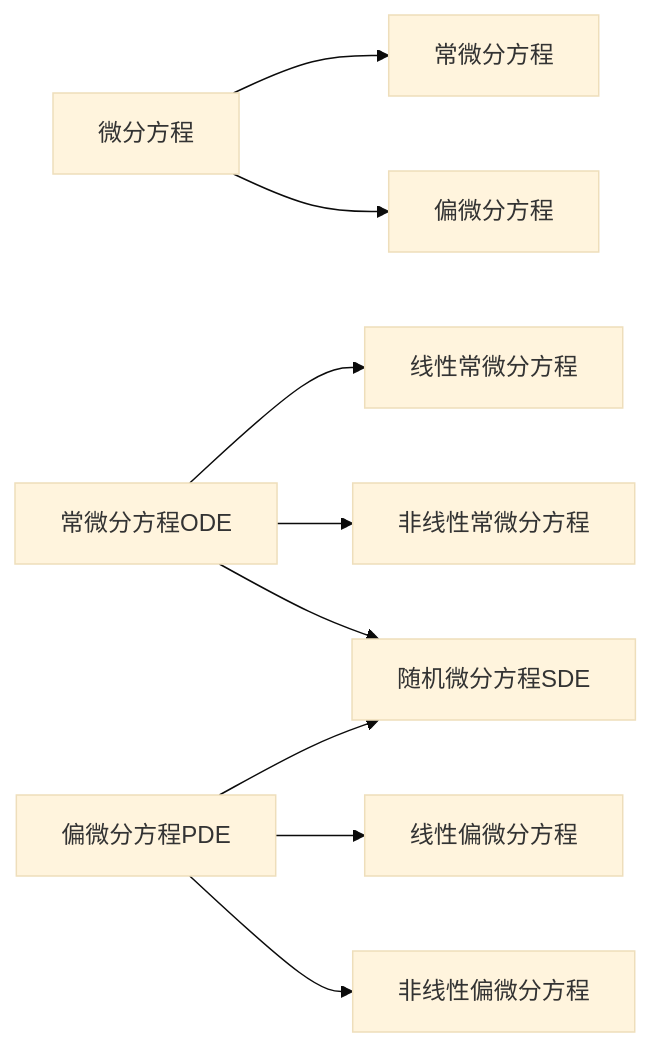
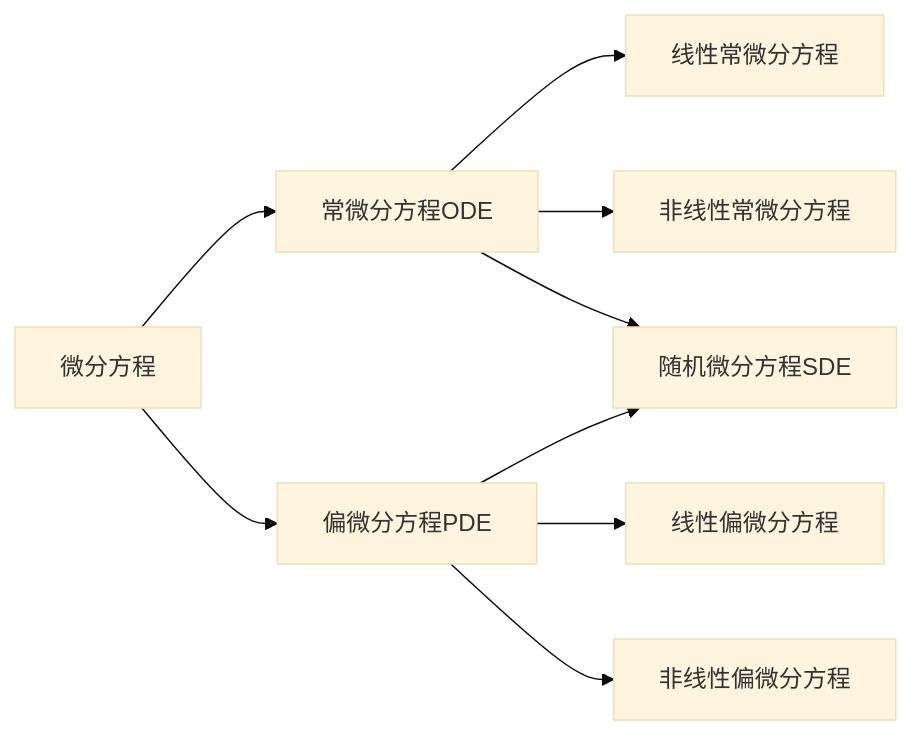
The first of 2 diagrams in src/site/notes/微分方程.md (UNLINEARITY/Atlas-of-Control-and-AI), drawn with Mermaid (base theme) before and after one commit. The commit also changed other lines of this file and 273 other files, not shown here.

````diff
--- a/src/site/notes/微分方程.md
+++ b/src/site/notes/微分方程.md
@@ -15,6 +13,6 @@
 ```mermaid
 graph LR
-微分方程--> 常微分方程 & 偏微分方程
+微分方程--> 常微分方程ODE & 偏微分方程PDE
 常微分方程ODE--> 线性常微分方程 & 非线性常微分方程 & 随机微分方程SDE
 偏微分方程PDE--> 线性偏微分方程 & 非线性偏微分方程 & 随机微分方程SDE
 ```
````
